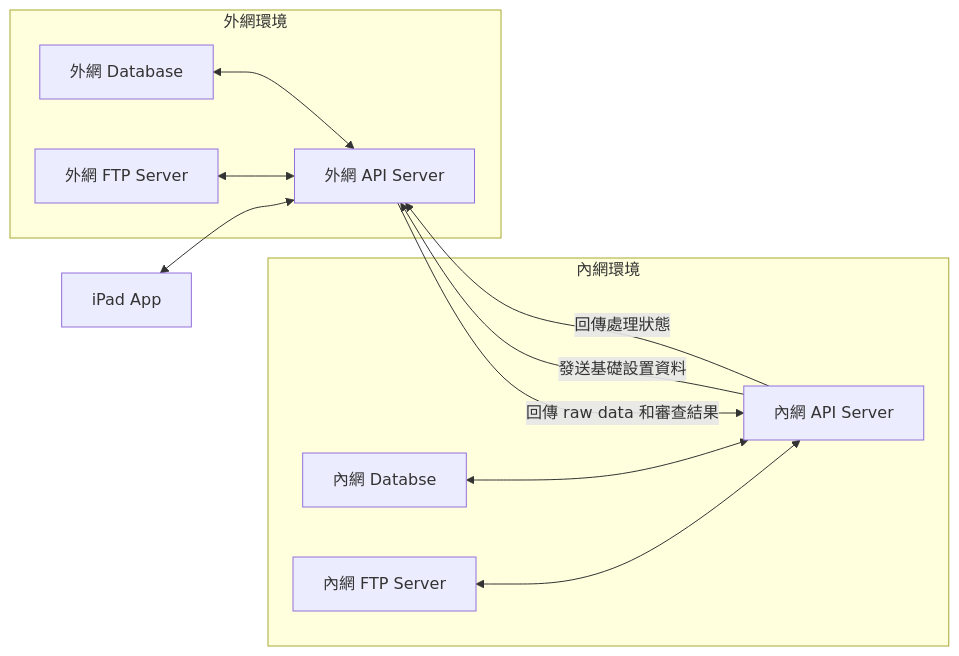
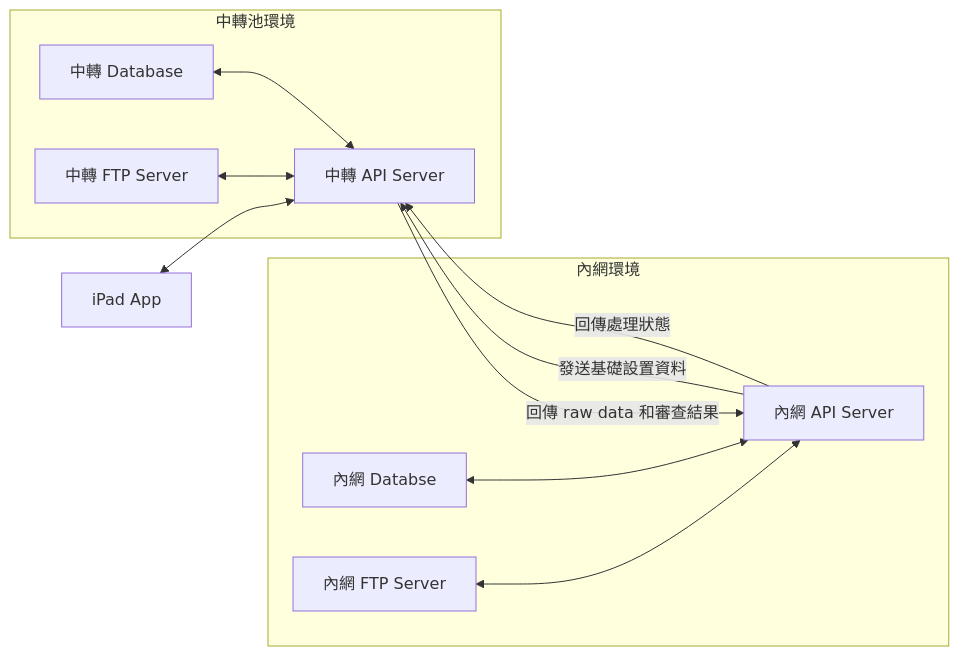
Before and after one commit to sakiman/IP68: the third of 3 diagrams in README.md, drawn with Mermaid. The commit also changed other lines of this file, not shown here.

````diff
--- a/README.md
+++ b/README.md
@@ -163,24 +163,24 @@
 ```mermaid
 graph RL
     subgraph 內網環境
         S1[ ]
         S2[ ]
         A[內網 API Server] <--> B[內網 Databse]
         A <--> C[內網 FTP Server]
     end
         
-    subgraph 外網環境
-        D[外網 API Server] <--> E[外網 Database]
-        D <--> G[外網 FTP Server]
+    subgraph 中轉池環境
+        D[中轉 API Server] <--> E[中轉 Database]
+        D <--> G[中轉 FTP Server]
     end
     
     F[iPad App]
     D <--> F
     
     D -- 回傳 raw data 和審查結果 --> A
     A -- 回傳處理狀態 --> D
     A -- 發送基礎設置資料 --> D
 
     style S1 fill:none,stroke:none
     style S2 fill:none,stroke:none
 ```
````
